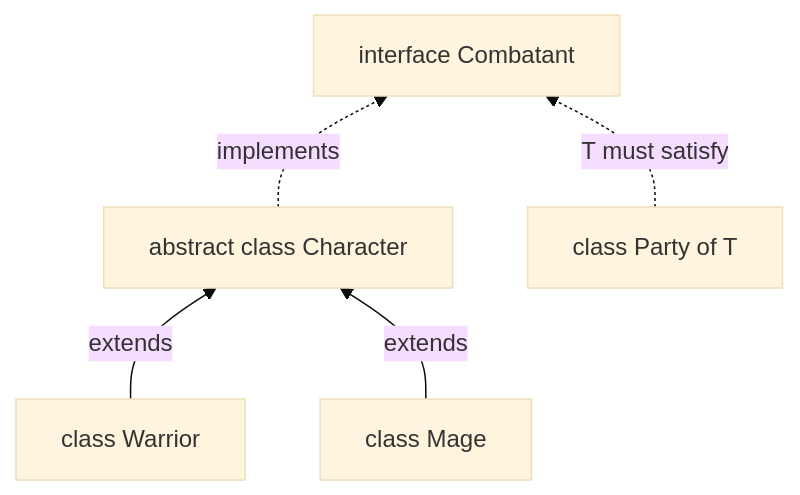
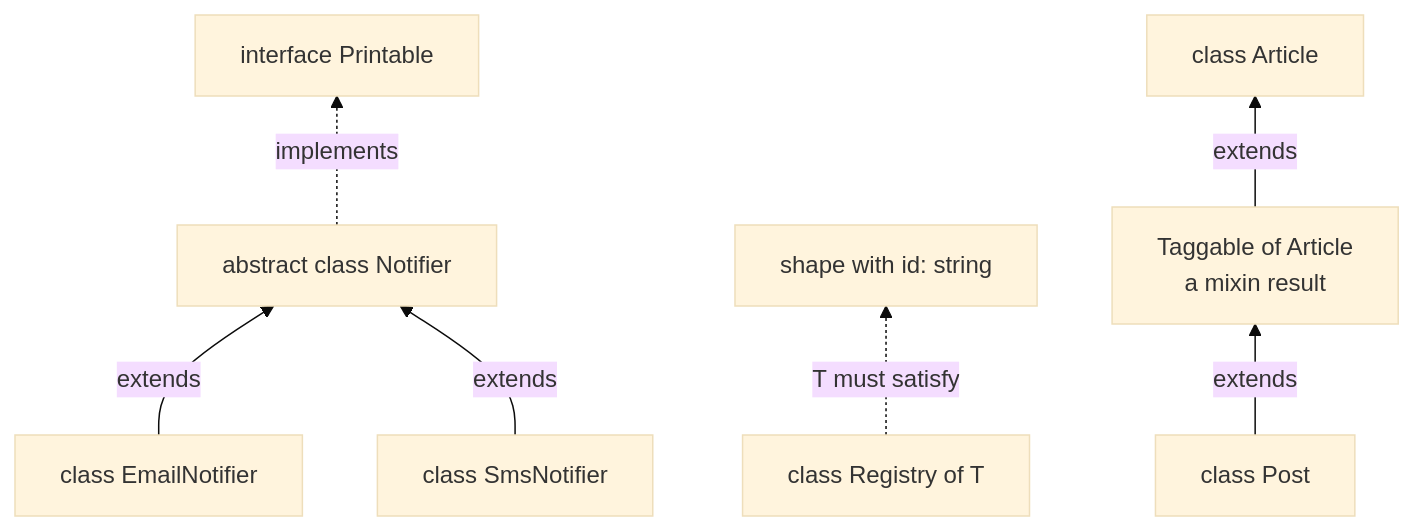
One commit to cheer-cho/LearningCourse--TypeScript--build-by-Claude-Code changed the first of 7 diagrams in 06-classes/LESSON.md. Above: the diagram before and after it, drawn with Mermaid (base theme). The commit also changed other lines of this file and 79 other files, not shown here.

````diff
--- a/06-classes/LESSON.md
+++ b/06-classes/LESSON.md
@@ -12,7 +26,9 @@
 ```mermaid
 graph BT
-    W["class Warrior"] -- extends --> C["abstract class Character"]
-    M["class Mage"] -- extends --> C
-    C -. implements .-> I["interface Combatant"]
-    P["class Party of T"] -. "T must satisfy" .-> I
+    E["class EmailNotifier"] -- "extends" --> N["abstract class Notifier"]
+    S["class SmsNotifier"] -- "extends" --> N
+    N -. "implements" .-> I["interface Printable"]
+    R["class Registry of T"] -. "T must satisfy" .-> K["shape with id: string"]
+    P["class Post"] -- "extends" --> M["Taggable of Article<br/>a mixin result"]
+    M -- "extends" --> A["class Article"]
 ```
````
